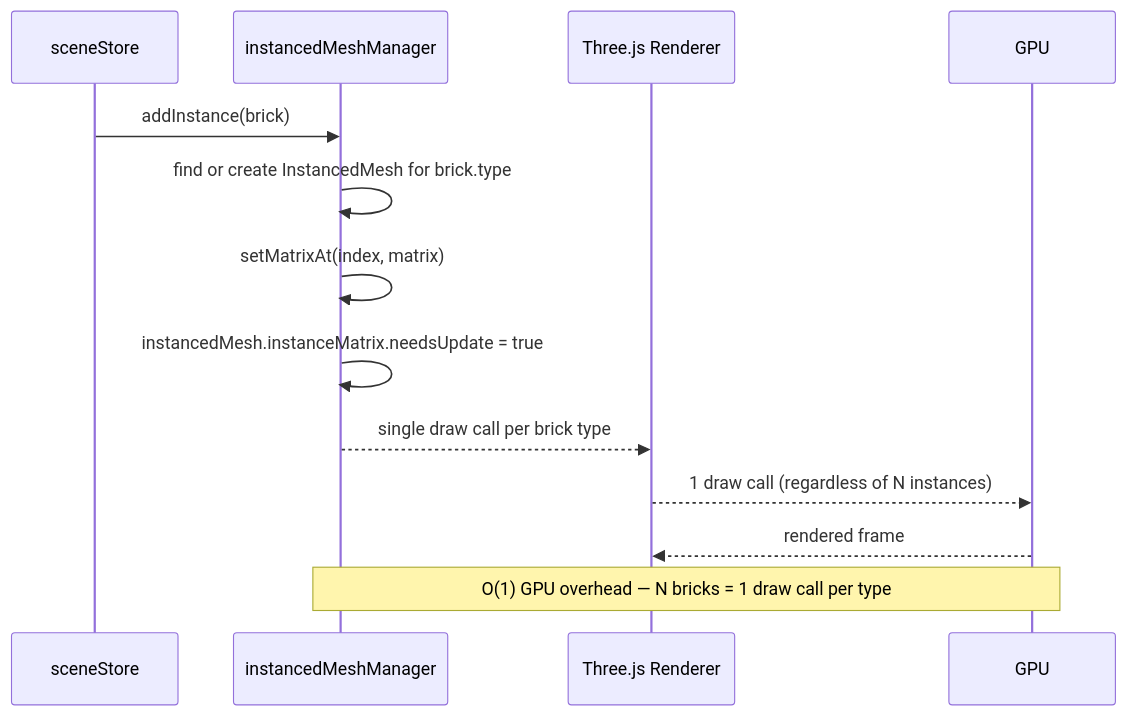
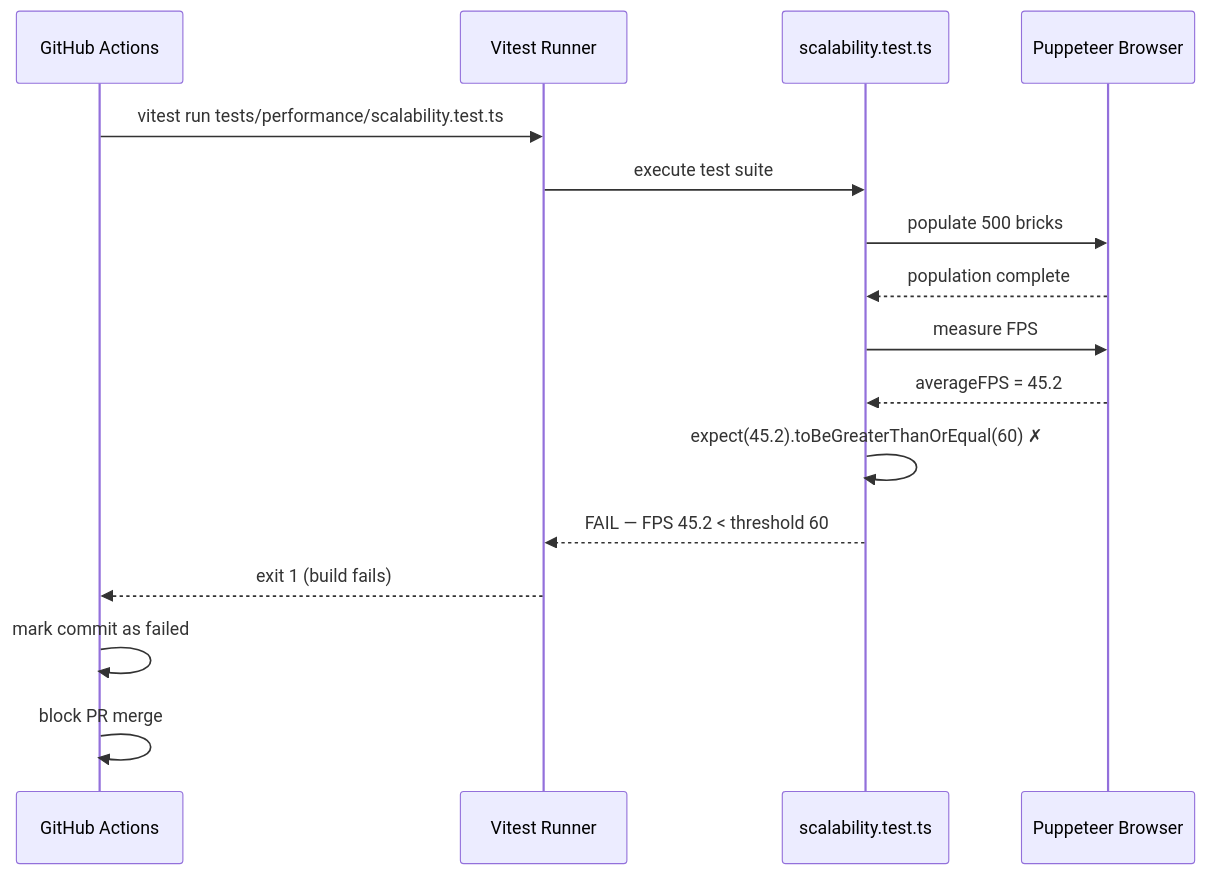
Before and after one commit to sreenivasmrpivot/legobuilder: the second of 3 diagrams in docs/features/NFR-SCALE-001/LOW_LEVEL_DESIGN.md, drawn with Mermaid. The commit also changed other lines of this file, not shown here.

First line of the commit message:
docs: LLD for NFR-SCALE-001 — Validate scene supports up to 500 bricks without performance degradation

````diff
--- a/docs/features/NFR-SCALE-001/LOW_LEVEL_DESIGN.md
+++ b/docs/features/NFR-SCALE-001/LOW_LEVEL_DESIGN.md
@@ -234,16 +406,23 @@
 ```mermaid
 sequenceDiagram
-    participant Store as sceneStore
-    participant Manager as instancedMeshManager
-    participant Three as Three.js Renderer
-    participant GPU as GPU
+    participant CI as GitHub Actions
+    participant Vitest as Vitest Runner
+    participant Test as scalability.test.ts
+    participant Puppeteer as Puppeteer Browser
 
-    Store->>Manager: addInstance(brick)
-    Manager->>Manager: find or create InstancedMesh for brick.type
-    Manager->>Manager: setMatrixAt(index, matrix)
-    Manager->>Manager: instancedMesh.instanceMatrix.needsUpdate = true
-    Manager-->>Three: single draw call per brick type
-    Three-->>GPU: 1 draw call (regardless of N instances)
-    GPU-->>Three: rendered frame
-    Note over Manager,GPU: O(1) GPU overhead — N bricks = 1 draw call per type
+    CI->>Vitest: vitest run tests/performance/scalability.test.ts
+    Vitest->>Test: execute test suite
+
+    Test->>Puppeteer: populate 500 bricks
+    Puppeteer-->>Test: population complete
+
+    Test->>Puppeteer: measure FPS
+    Puppeteer-->>Test: averageFPS = 45.2
+
+    Test->>Test: expect(45.2).toBeGreaterThanOrEqual(60) ✗
+    Test-->>Vitest: FAIL — FPS 45.2 < threshold 60
+
+    Vitest-->>CI: exit 1 (build fails)
+    CI->>CI: mark commit as failed
+    CI->>CI: block PR merge
 ```
````
